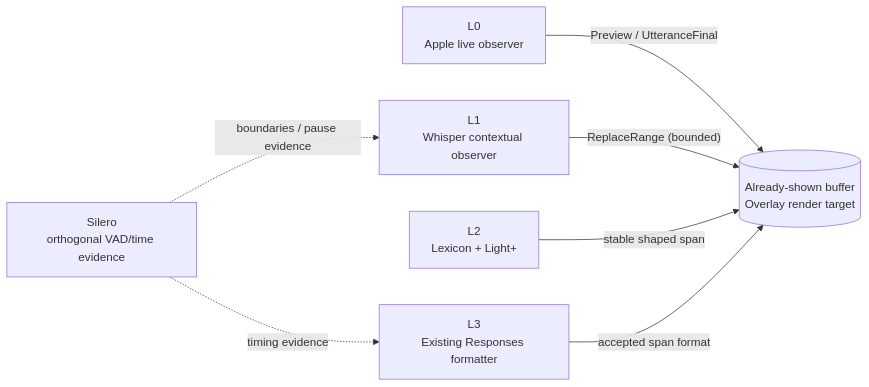
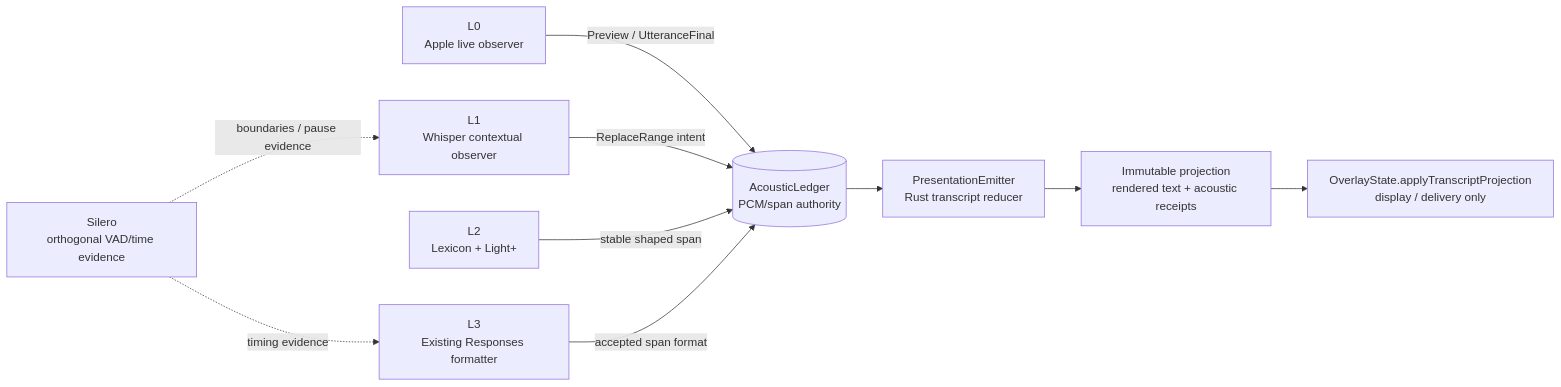
One commit to vetcoders/codescribe changed the first of 2 diagrams in docs/OVERLAY_STREAMING.md. Above: the diagram before and after it, drawn with Mermaid. The commit also changed other lines of this file and 3 other files, not shown here.

````diff
--- a/docs/OVERLAY_STREAMING.md
+++ b/docs/OVERLAY_STREAMING.md
@@ -42,16 +44,22 @@
 ```mermaid
 flowchart LR
     L0[L0<br/>Apple live observer]
     L1[L1<br/>Whisper contextual observer]
     L2[L2<br/>Lexicon + Light+]
     L3[L3<br/>Existing Responses formatter]
     SILERO[Silero<br/>orthogonal VAD/time evidence]
-    BUF[(Already-shown buffer<br/>Overlay render target)]
+    LEDGER[(AcousticLedger<br/>PCM/span authority)]
+    REDUCER[PresentationEmitter<br/>Rust transcript reducer]
+    PROJECTION[Immutable projection<br/>rendered text + acoustic receipts]
+    SWIFT[OverlayState.applyTranscriptProjection<br/>display / delivery only]
 
-    L0 -- Preview / UtteranceFinal --> BUF
-    L1 -- ReplaceRange (bounded) --> BUF
-    L2 -- stable shaped span --> BUF
-    L3 -- accepted span format --> BUF
+    L0 -- Preview / UtteranceFinal --> LEDGER
+    L1 -- ReplaceRange intent --> LEDGER
+    L2 -- stable shaped span --> LEDGER
+    L3 -- accepted span format --> LEDGER
+    LEDGER --> REDUCER
+    REDUCER --> PROJECTION
+    PROJECTION --> SWIFT
     SILERO -. boundaries / pause evidence .-> L1
     SILERO -. timing evidence .-> L3
 ```
````
